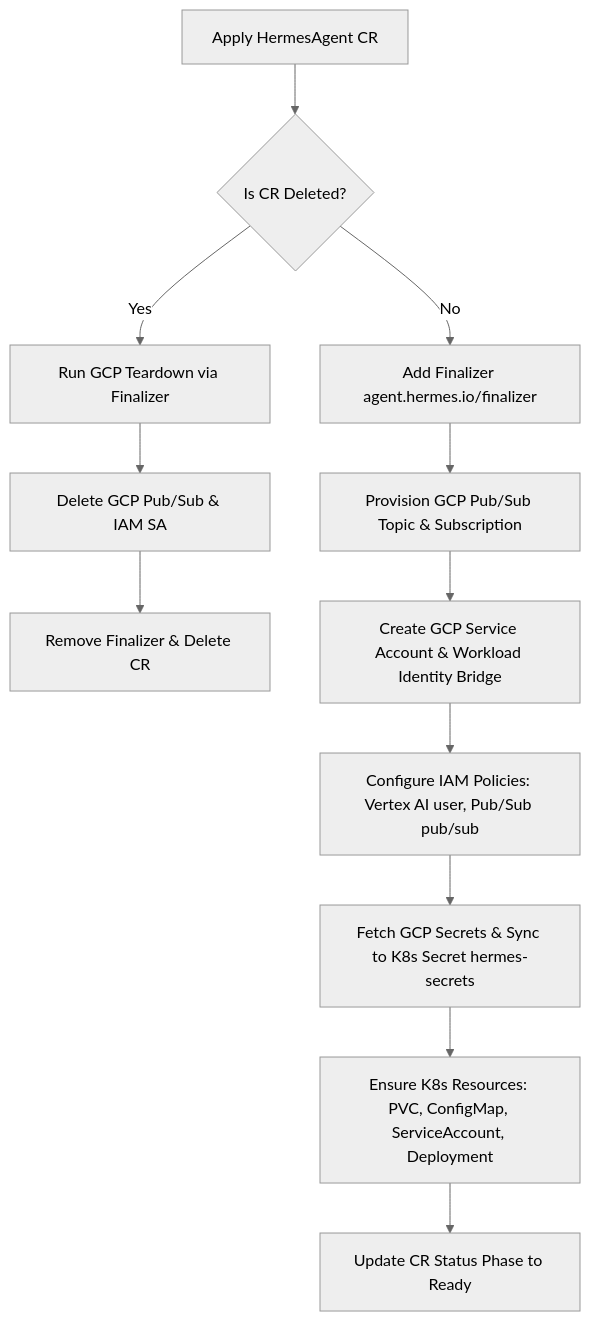
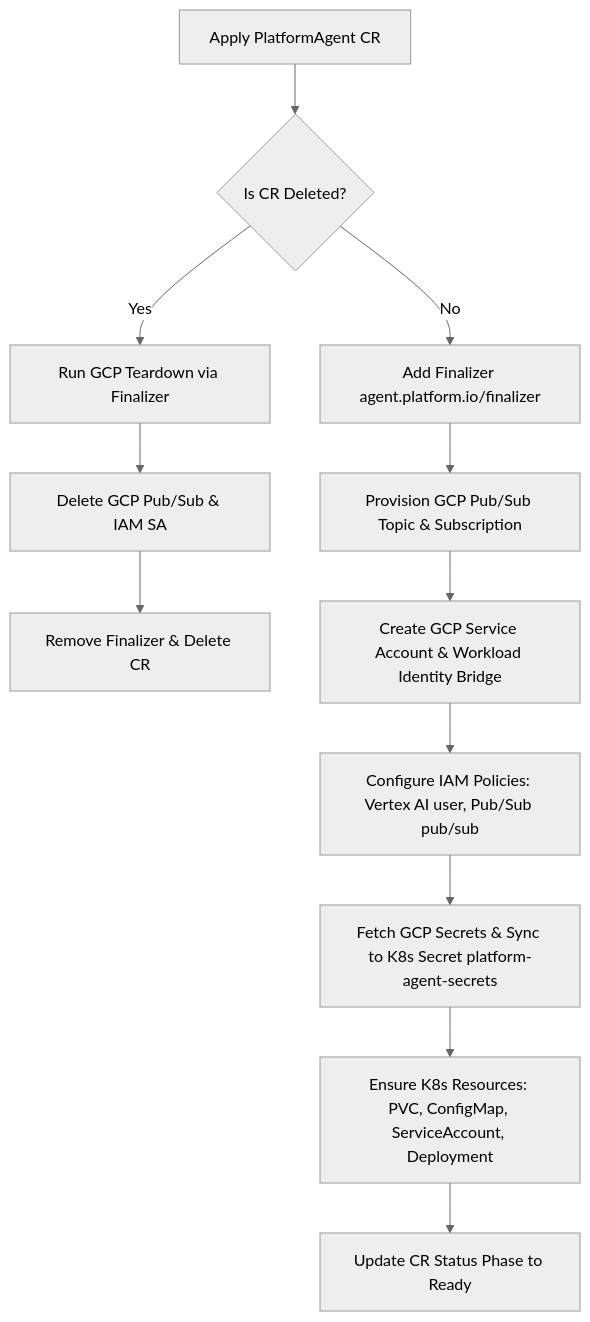
The diagram in integrations/gchat/crd/README.md (gke-agentic/kube-agents), drawn with Mermaid (neutral theme) before and after one commit. The commit also changed other lines of this file and 103 other files, not shown here.

Commit message:
feat: rename operator to PlatformAgentOperator and cleanup GCP_API_KEY under integrations

````diff
--- a/integrations/gchat/crd/README.md
+++ b/integrations/gchat/crd/README.md
@@ -34,15 +34,15 @@
 ```mermaid
 flowchart TD
-    A[Apply HermesAgent CR] --> B{Is CR Deleted?}
+    A[Apply PlatformAgent CR] --> B{Is CR Deleted?}
     B -- Yes --> C[Run GCP Teardown via Finalizer]
     C --> D[Delete GCP Pub/Sub & IAM SA]
     D --> E[Remove Finalizer & Delete CR]
     
-    B -- No --> F[Add Finalizer agent.hermes.io/finalizer]
+    B -- No --> F[Add Finalizer agent.platform.io/finalizer]
     F --> G[Provision GCP Pub/Sub Topic & Subscription]
     G --> H[Create GCP Service Account & Workload Identity Bridge]
     H --> I[Configure IAM Policies: Vertex AI user, Pub/Sub pub/sub]
-    I --> J[Fetch GCP Secrets & Sync to K8s Secret hermes-secrets]
+    I --> J[Fetch GCP Secrets & Sync to K8s Secret platform-agent-secrets]
     J --> K[Ensure K8s Resources: PVC, ConfigMap, ServiceAccount, Deployment]
     K --> L[Update CR Status Phase to Ready]
 ```
````
